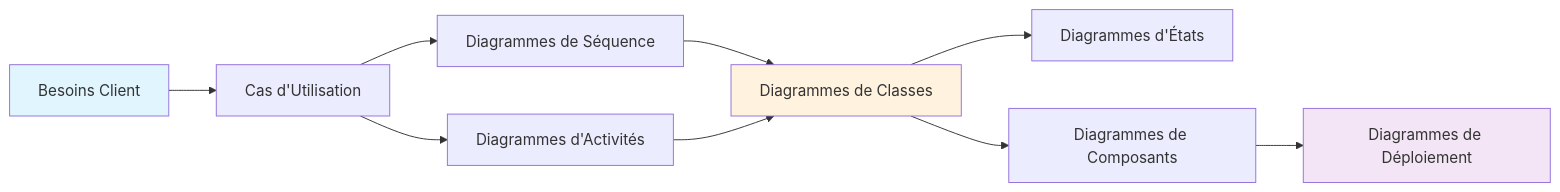
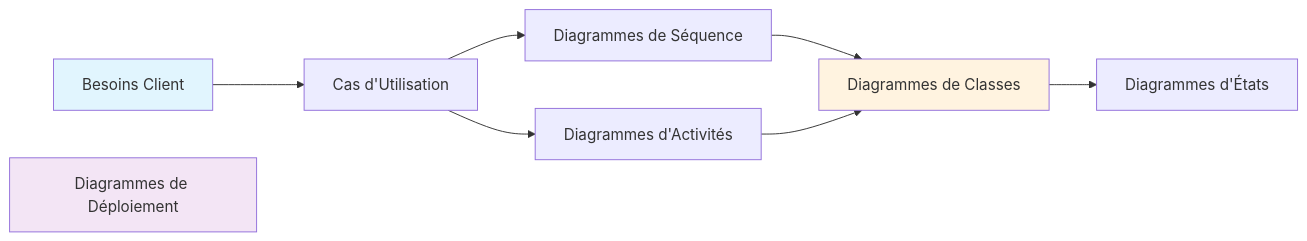
One commit to Beatwen/RF_Go changed the second of 2 diagrams in docusaurus/docs/uml-analysis/overview.md. Above: the diagram before and after it, drawn with Mermaid. The commit also changed other lines of this file and 123 other files, not shown here.

````diff
--- a/docusaurus/docs/uml-analysis/overview.md
+++ b/docusaurus/docs/uml-analysis/overview.md
@@ -117,15 +116,14 @@
 ```mermaid
 graph LR
     A[Besoins Client] --> B[Cas d'Utilisation]
     B --> C[Diagrammes de Séquence]
     B --> D[Diagrammes d'Activités]
     C --> E[Diagrammes de Classes]
     D --> E
     E --> F[Diagrammes d'États]
-    E --> G[Diagrammes de Composants]
-    G --> H[Diagrammes de Déploiement]
+    H[Diagrammes de Déploiement]
     
     style A fill:#e1f5fe
     style E fill:#fff3e0
     style H fill:#f3e5f5
 ```
````
